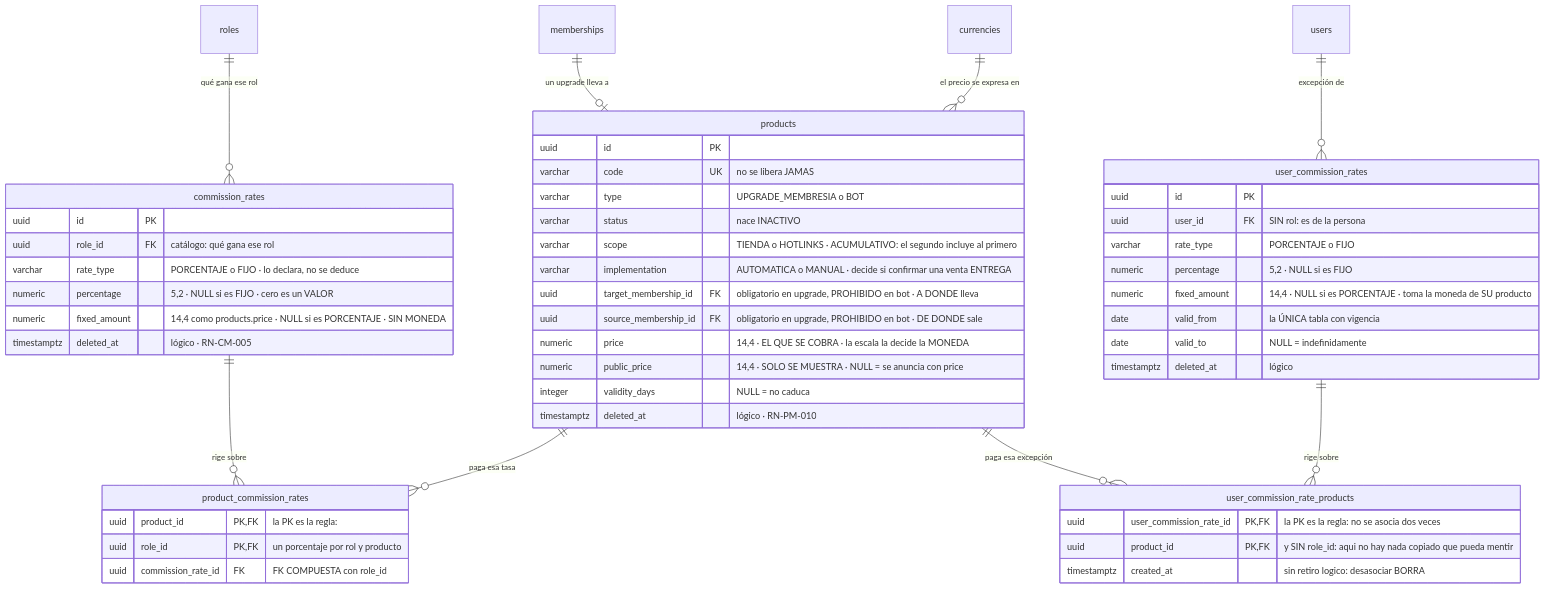
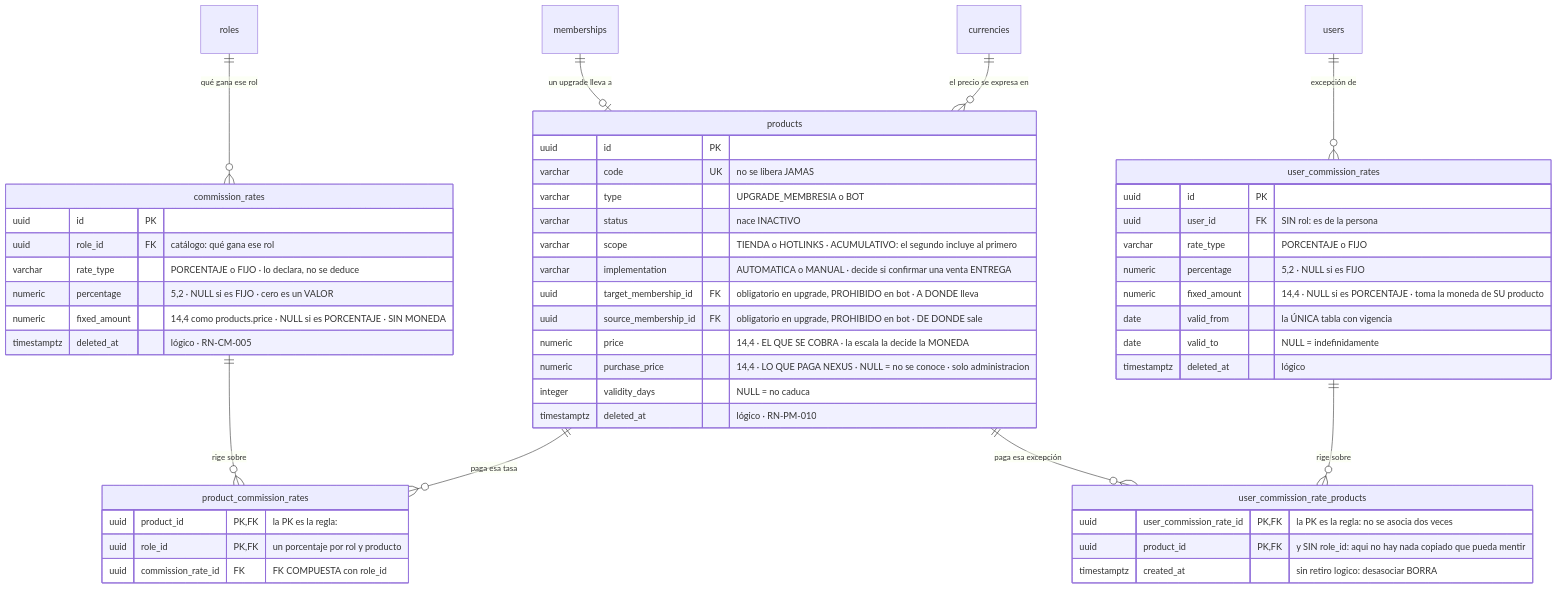
The fourth of 5 diagrams in docs/modelo-datos.md (NexusPro-Dev/backend), drawn with Mermaid before and after one commit. The commit also changed other lines of this file and 52 other files, not shown here.

````diff
--- a/docs/modelo-datos.md
+++ b/docs/modelo-datos.md
@@ -430,59 +430,59 @@
 ```mermaid
 erDiagram
     memberships ||--o| products : "un upgrade lleva a"
     currencies  ||--o{ products : "el precio se expresa en"
 
     roles    ||--o{ commission_rates : "qué gana ese rol"
     commission_rates ||--o{ product_commission_rates : "rige sobre"
     products ||--o{ product_commission_rates : "paga esa tasa"
     users    ||--o{ user_commission_rates : "excepción de"
     user_commission_rates ||--o{ user_commission_rate_products : "rige sobre"
     products ||--o{ user_commission_rate_products : "paga esa excepción"
 
     products {
         uuid id PK
         varchar code UK "no se libera JAMAS"
         varchar type "UPGRADE_MEMBRESIA o BOT"
         varchar status "nace INACTIVO"
         varchar scope "TIENDA o HOTLINKS · ACUMULATIVO: el segundo incluye al primero"
         varchar implementation "AUTOMATICA o MANUAL · decide si confirmar una venta ENTREGA"
         uuid target_membership_id FK "obligatorio en upgrade, PROHIBIDO en bot · A DONDE lleva"
         uuid source_membership_id FK "obligatorio en upgrade, PROHIBIDO en bot · DE DONDE sale"
         numeric price "14,4 · EL QUE SE COBRA · la escala la decide la MONEDA"
-        numeric public_price "14,4 · SOLO SE MUESTRA · NULL = se anuncia con price"
+        numeric purchase_price "14,4 · LO QUE PAGA NEXUS · NULL = no se conoce · solo administracion"
         integer validity_days "NULL = no caduca"
         timestamptz deleted_at "lógico · RN-PM-010"
     }
 
     commission_rates {
         uuid id PK
         uuid role_id FK "catálogo: qué gana ese rol"
         varchar rate_type "PORCENTAJE o FIJO · lo declara, no se deduce"
         numeric percentage "5,2 · NULL si es FIJO · cero es un VALOR"
         numeric fixed_amount "14,4 como products.price · NULL si es PORCENTAJE · SIN MONEDA"
         timestamptz deleted_at "lógico · RN-CM-005"
     }
 
     product_commission_rates {
         uuid product_id PK,FK "la PK es la regla:"
         uuid role_id PK,FK "un porcentaje por rol y producto"
         uuid commission_rate_id FK "FK COMPUESTA con role_id"
     }
 
     user_commission_rates {
         uuid id PK
         uuid user_id FK "SIN rol: es de la persona"
         varchar rate_type "PORCENTAJE o FIJO"
         numeric percentage "5,2 · NULL si es FIJO"
         numeric fixed_amount "14,4 · NULL si es PORCENTAJE · toma la moneda de SU producto"
         date valid_from "la ÚNICA tabla con vigencia"
         date valid_to "NULL = indefinidamente"
         timestamptz deleted_at "lógico"
     }
 
     user_commission_rate_products {
         uuid user_commission_rate_id PK,FK "la PK es la regla: no se asocia dos veces"
         uuid product_id PK,FK "y SIN role_id: aqui no hay nada copiado que pueda mentir"
         timestamptz created_at "sin retiro logico: desasociar BORRA"
     }
 ```
````
